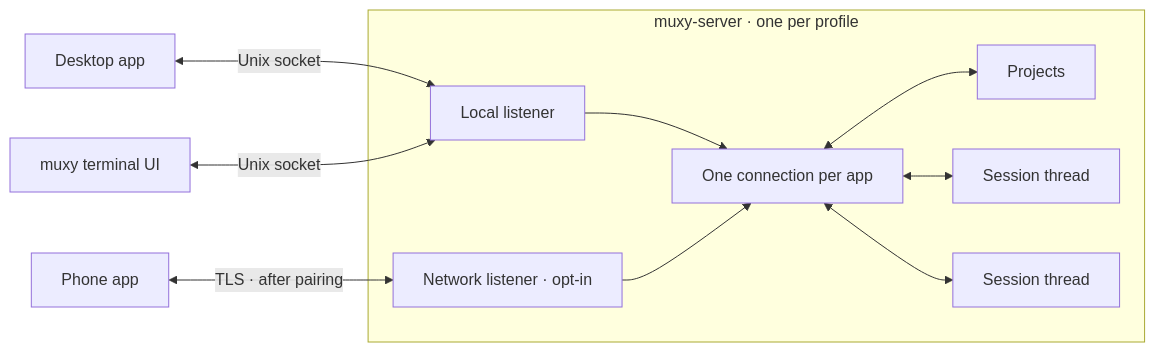
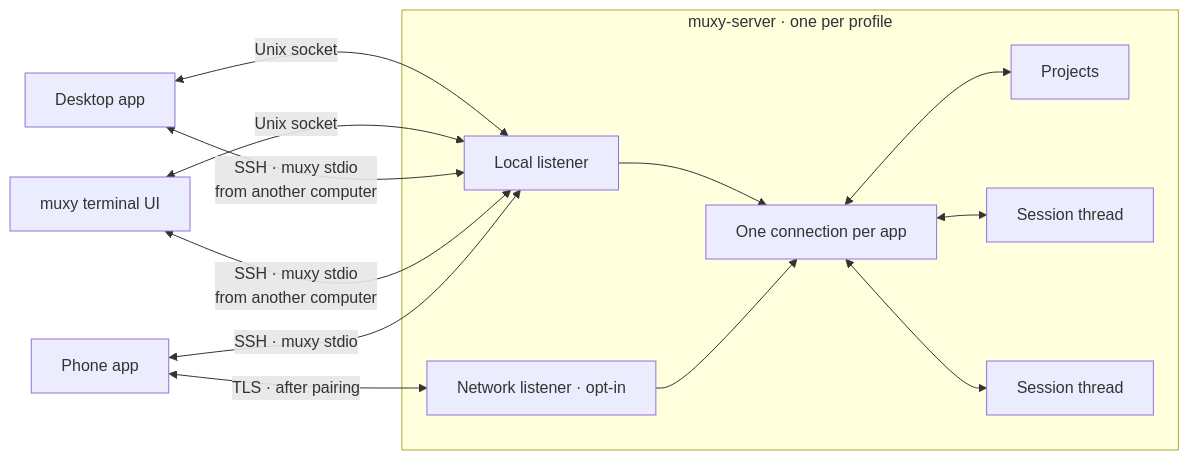
The first of 5 diagrams in docs/tech/architecture.md (muxy-app/muxy), drawn with Mermaid before and after one commit. The commit also changed other lines of this file and 224 other files, not shown here.

````diff
--- a/docs/tech/architecture.md
+++ b/docs/tech/architecture.md
@@ -7,19 +7,22 @@
 ```mermaid
 flowchart LR
     DESKTOP["Desktop app"] <-->|"Unix socket"| LOCAL
     TUI["muxy terminal UI"] <-->|"Unix socket"| LOCAL
+    DESKTOP <-->|"SSH · muxy stdio<br/>from another computer"| LOCAL
+    TUI <-->|"SSH · muxy stdio<br/>from another computer"| LOCAL
     PHONE["Phone app"] <-->|"TLS · after pairing"| NETWORK
+    PHONE <-->|"SSH · muxy stdio"| LOCAL
     subgraph SERVER["muxy-server · one per profile"]
         LOCAL["Local listener"]
         NETWORK["Network listener · opt-in"]
         CONNECTION["One connection per app"]
         CATALOG["Projects"]
         S1["Session thread"]
         S2["Session thread"]
         LOCAL --> CONNECTION
         NETWORK --> CONNECTION
         CONNECTION <--> CATALOG
         CONNECTION <--> S1
         CONNECTION <--> S2
     end
 ```
````
